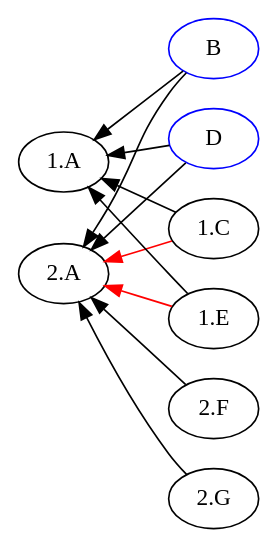
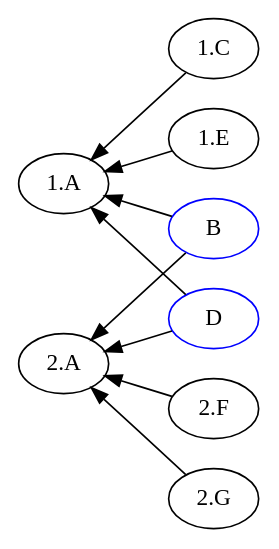
Before and after one commit to EulerProject/EulerX: the diagram in example/output/abstract4/abstract4.dot, drawn with Graphviz. The commit also changed 16 other files, not shown here.

```diff
--- a/example/output/abstract4/abstract4.dot
+++ b/example/output/abstract4/abstract4.dot
@@ -1,17 +1,15 @@
 digraph {
 
 rankdir = RL
 
 "B" [color=blue];
 "D" [color=blue];
 "1.C" -> "1.A" [style=filled, color=black];
 "1.E" -> "1.A" [style=filled, color=black];
 "2.F" -> "2.A" [style=filled, color=black];
 "2.G" -> "2.A" [style=filled, color=black];
-"1.C" -> "2.A" [style=filled, color=red];
-"1.E" -> "2.A" [style=filled, color=red];
 "B" -> "1.A" [style=filled, color=black];
 "B" -> "2.A" [style=filled, color=black];
 "D" -> "1.A" [style=filled, color=black];
 "D" -> "2.A" [style=filled, color=black];
 }
```
